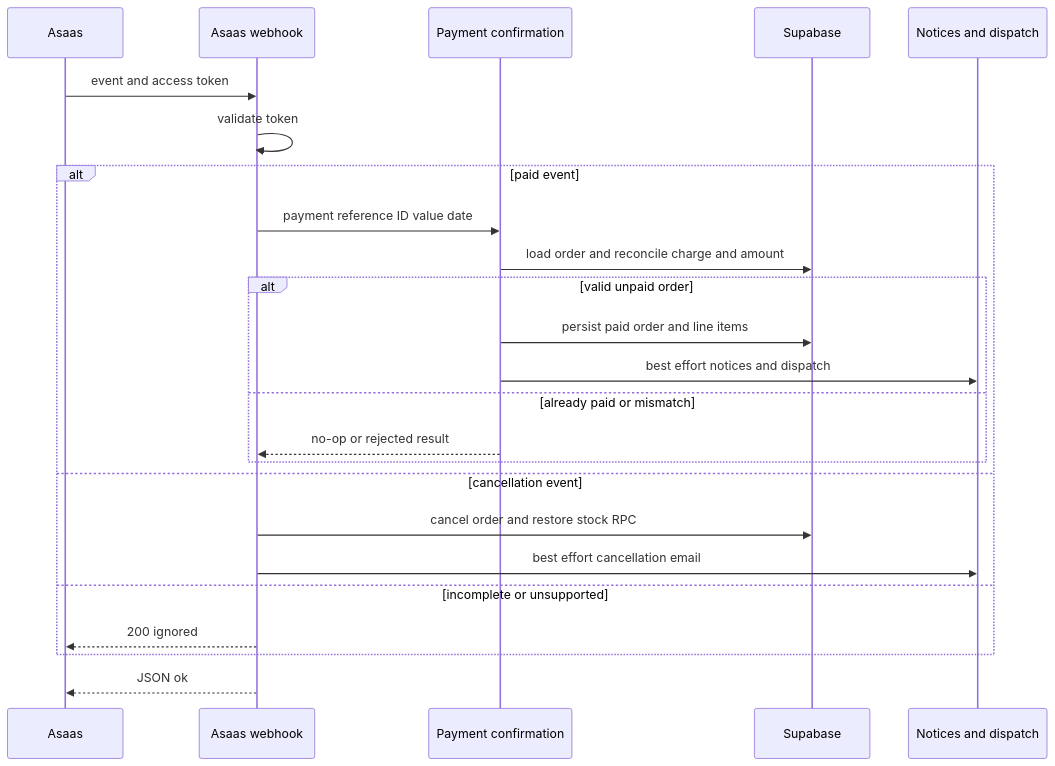
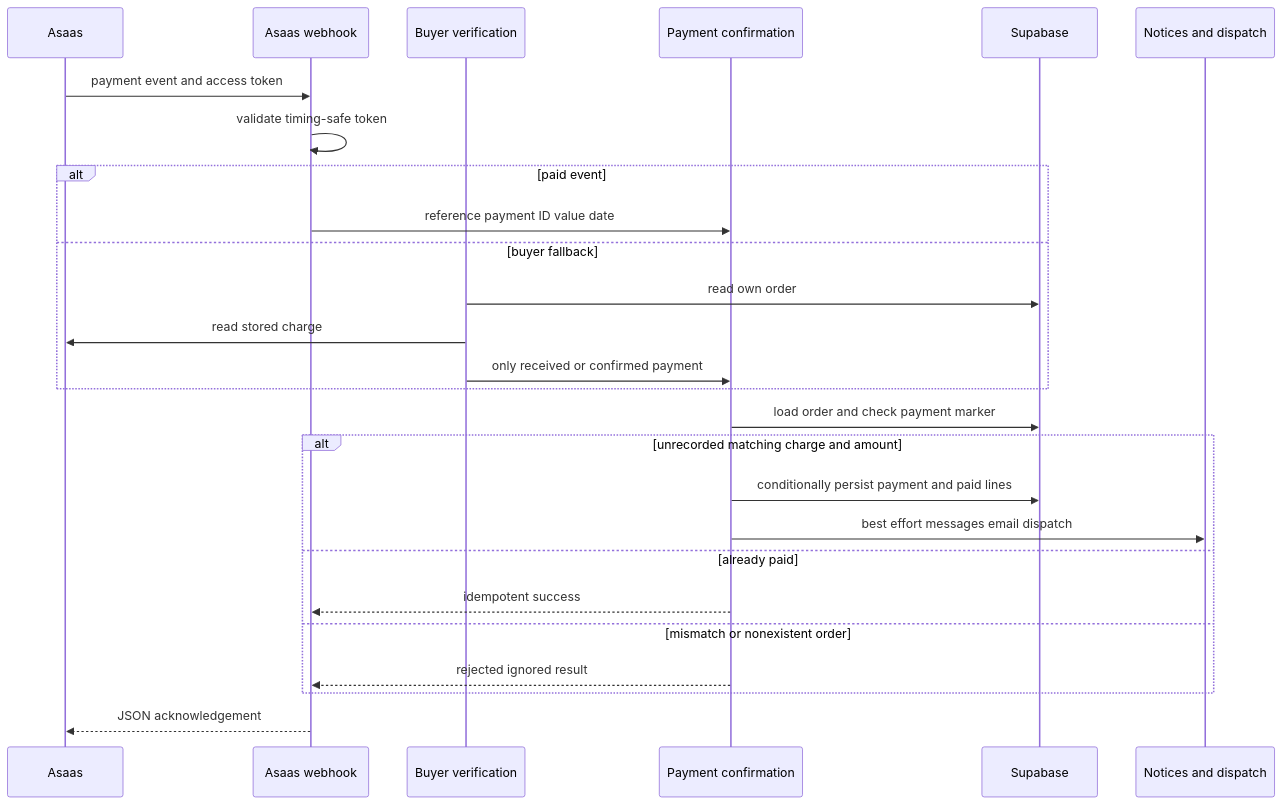
One commit to Schneider-Gr/industria24hIA changed the first of 2 diagrams in openwiki/integrations/external-services-and-webhooks.md. Above: the diagram before and after it, drawn with Mermaid. The commit also changed other lines of this file and 32 other files, not shown here.

````diff
--- a/openwiki/integrations/external-services-and-webhooks.md
+++ b/openwiki/integrations/external-services-and-webhooks.md
@@ -99,26 +109,28 @@
 ```mermaid
 sequenceDiagram
     participant Asaas
     participant Hook as Asaas webhook
+    participant Manual as Buyer verification
     participant Confirm as Payment confirmation
     participant DB as Supabase
     participant Effects as Notices and dispatch
-    Asaas->>Hook: event and access token
-    Hook->>Hook: validate token
+    Asaas->>Hook: payment event and access token
+    Hook->>Hook: validate timing-safe token
     alt paid event
-        Hook->>Confirm: payment reference ID value date
-        Confirm->>DB: load order and reconcile charge and amount
-        alt valid unpaid order
-            Confirm->>DB: persist paid order and line items
-            Confirm->>Effects: best effort notices and dispatch
-        else already paid or mismatch
-            Confirm-->>Hook: no-op or rejected result
-        end
-    else cancellation event
-        Hook->>DB: cancel order and restore stock RPC
-        Hook->>Effects: best effort cancellation email
-    else incomplete or unsupported
-        Hook-->>Asaas: 200 ignored
+        Hook->>Confirm: reference payment ID value date
+    else buyer fallback
+        Manual->>DB: read own order
+        Manual->>Asaas: read stored charge
+        Manual->>Confirm: only received or confirmed payment
     end
-    Hook-->>Asaas: JSON ok
+    Confirm->>DB: load order and check payment marker
+    alt unrecorded matching charge and amount
+        Confirm->>DB: conditionally persist payment and paid lines
+        Confirm->>Effects: best effort messages email dispatch
+    else already paid
+        Confirm-->>Hook: idempotent success
+    else mismatch or nonexistent order
+        Confirm-->>Hook: rejected ignored result
+    end
+    Hook-->>Asaas: JSON acknowledgement
 ```
````
